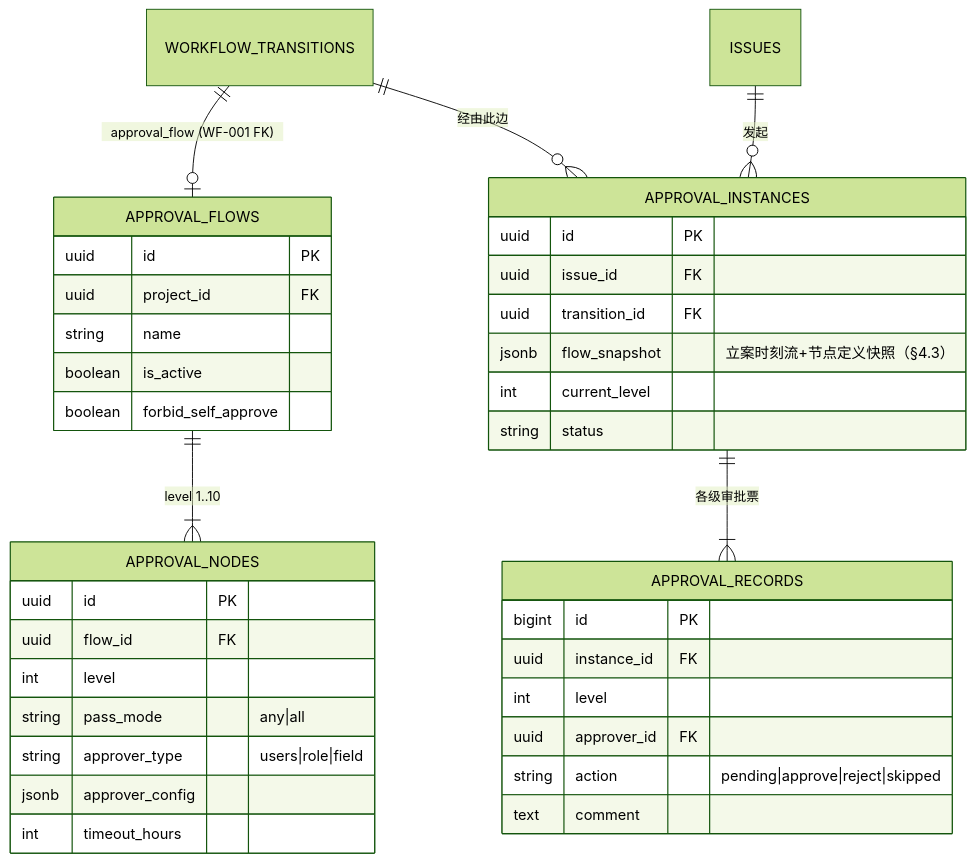
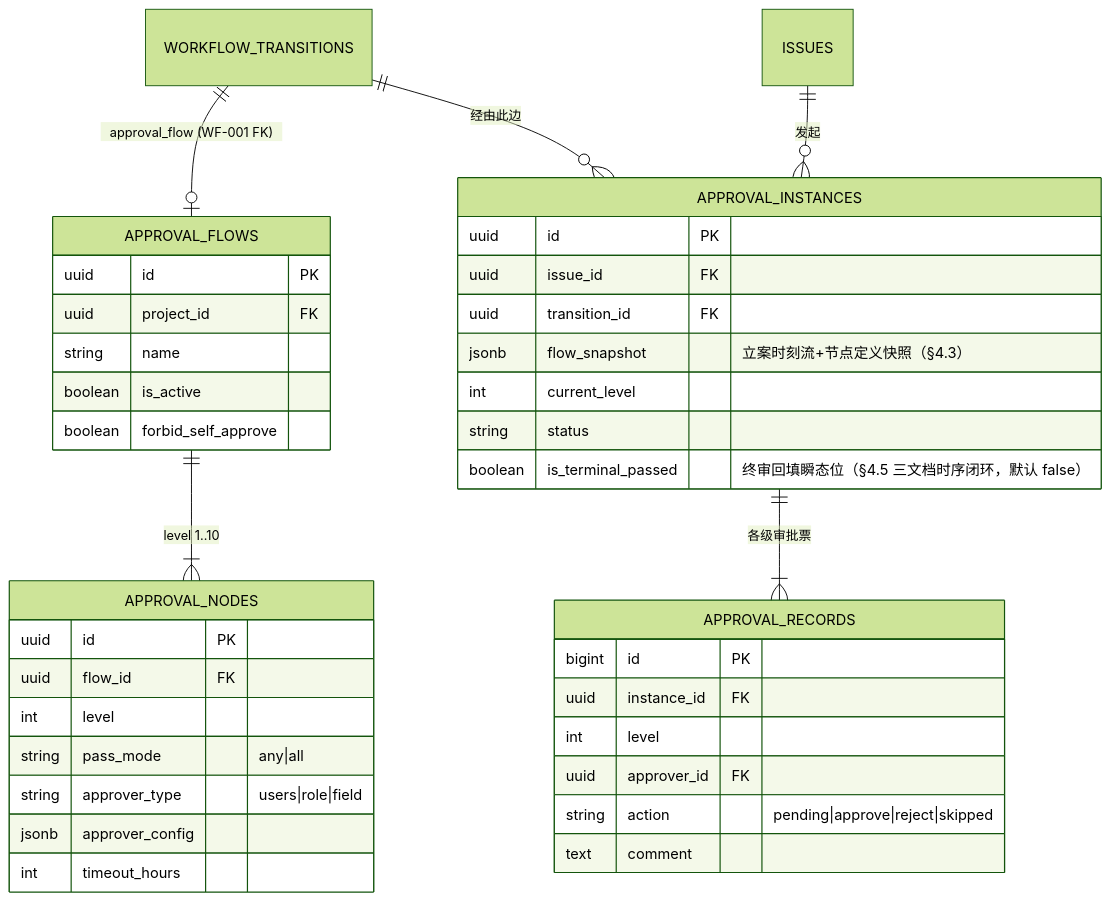
The third of 3 diagrams in docs/sprint-7-enterprise-workflow/WF-002-approval-flow.md (RabbitAI-Lab/RabbitProjects), drawn with Mermaid (forest theme) before and after one commit. The commit also changed other lines of this file and 9 other files, not shown here.

````diff
--- a/docs/sprint-7-enterprise-workflow/WF-002-approval-flow.md
+++ b/docs/sprint-7-enterprise-workflow/WF-002-approval-flow.md
@@ -300,40 +300,41 @@
 ```mermaid
 erDiagram
     WORKFLOW_TRANSITIONS ||--o| APPROVAL_FLOWS : "approval_flow (WF-001 FK)"
     APPROVAL_FLOWS ||--|{ APPROVAL_NODES : "level 1..10"
     ISSUES ||--o{ APPROVAL_INSTANCES : "发起"
     WORKFLOW_TRANSITIONS ||--o{ APPROVAL_INSTANCES : "经由此边"
     APPROVAL_INSTANCES ||--|{ APPROVAL_RECORDS : "各级审批票"
     APPROVAL_FLOWS {
         uuid id PK
         uuid project_id FK
         string name
         boolean is_active
         boolean forbid_self_approve
     }
     APPROVAL_NODES {
         uuid id PK
         uuid flow_id FK
         int level
         string pass_mode "any|all"
         string approver_type "users|role|field"
         jsonb approver_config
         int timeout_hours
     }
     APPROVAL_INSTANCES {
         uuid id PK
         uuid issue_id FK
         uuid transition_id FK
         jsonb flow_snapshot "立案时刻流+节点定义快照（§4.3）"
         int current_level
         string status
+        boolean is_terminal_passed "终审回填瞬态位（§4.5 三文档时序闭环，默认 false）"
     }
     APPROVAL_RECORDS {
         bigint id PK
         uuid instance_id FK
         int level
         uuid approver_id FK
         string action "pending|approve|reject|skipped"
         text comment
     }
 ```
````
